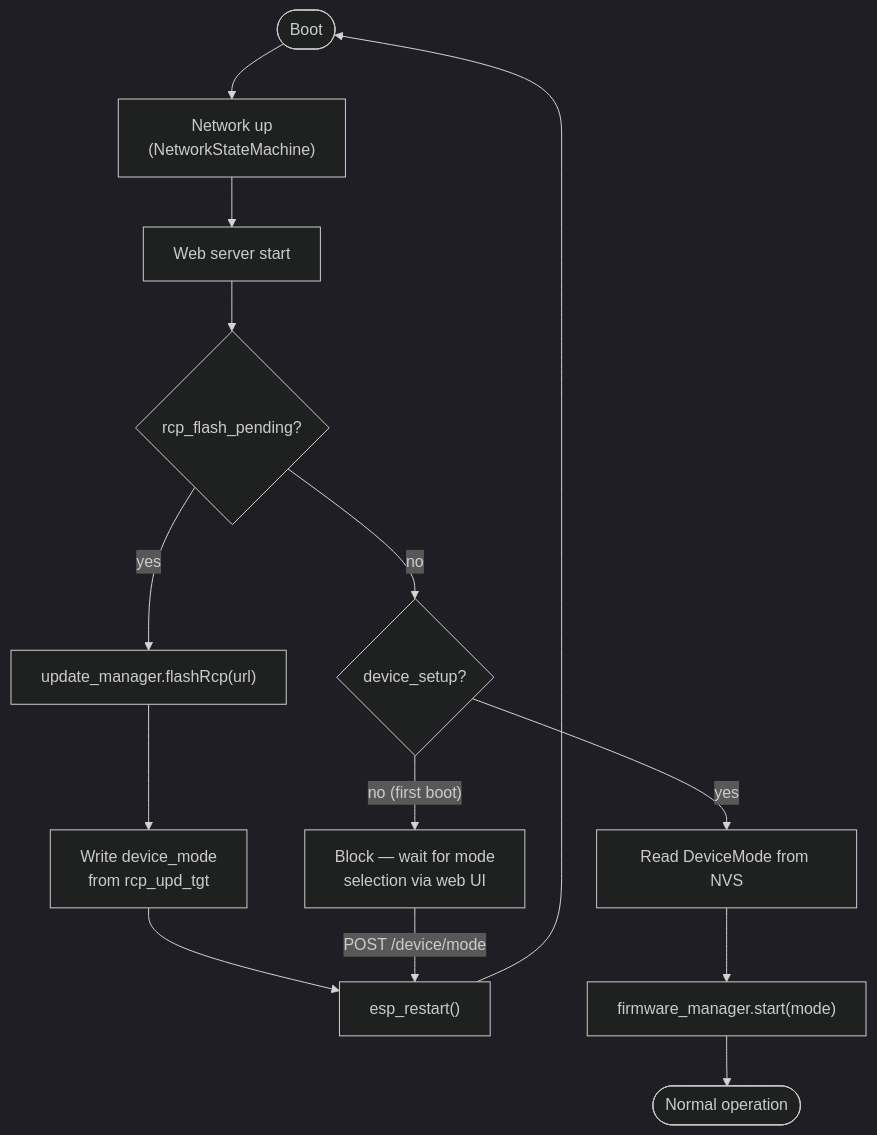
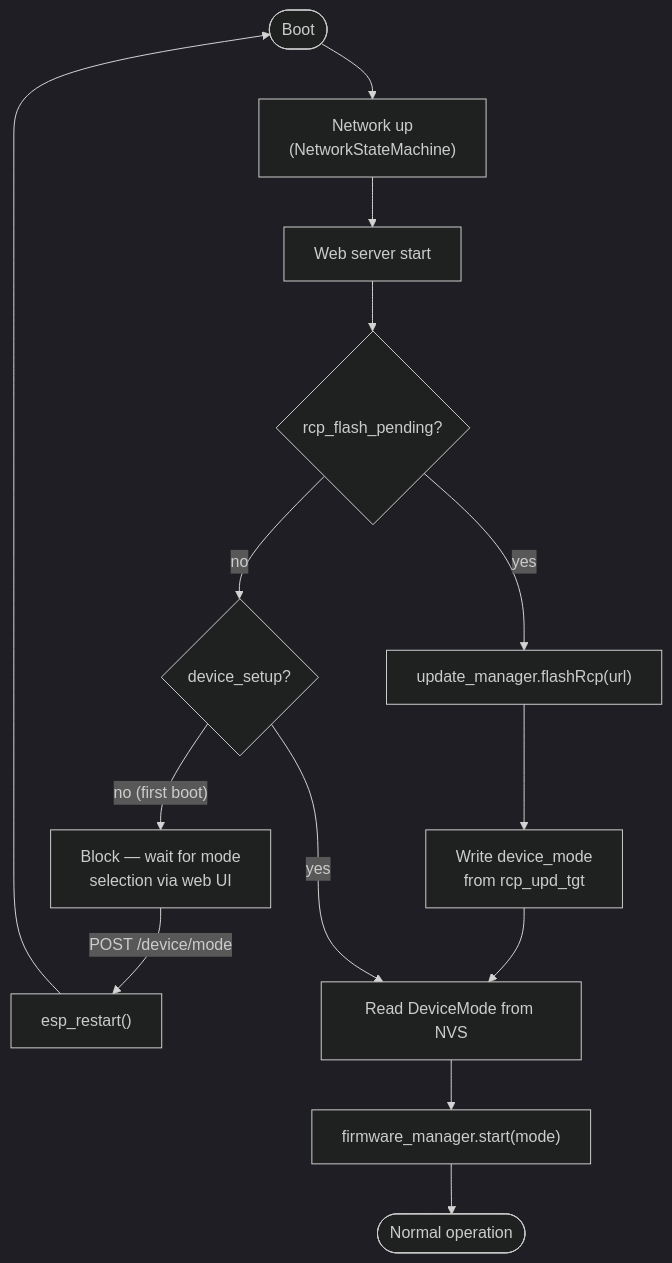
One commit to codm/czc-unified changed the second of 2 diagrams in README.md. Above: the diagram before and after it, drawn with Mermaid (dark theme). The commit also changed other lines of this file, not shown here.

````diff
--- a/README.md
+++ b/README.md
@@ -535,20 +531,20 @@
 ```mermaid
 flowchart TD
     boot(["Boot"])
     net["Network up\n(NetworkStateMachine)"]
     web["Web server start"]
     q1{"rcp_flash_pending?"}
     flash["update_manager.flashRcp(url)"]
-    rb["esp_restart()"]
     q2{"device_setup?"}
     wait["Block — wait for mode\nselection via web UI"]
+    rb["esp_restart()"]
     q3["Read DeviceMode from NVS"]
     start["firmware_manager.start(mode)"]
     run(["Normal operation"])
 
     boot --> net --> web --> q1
-    q1 -->|yes| flash --> setmode["Write device_mode\nfrom rcp_upd_tgt"] --> rb --> boot
+    q1 -->|yes| flash --> setmode["Write device_mode\nfrom rcp_upd_tgt"] --> q3
     q1 -->|no| q2
-    q2 -->|"no (first boot)"| wait -->|"POST /device/mode"| rb
+    q2 -->|"no (first boot)"| wait -->|"POST /device/mode"| rb --> boot
     q2 -->|yes| q3 --> start --> run
 ```
````
